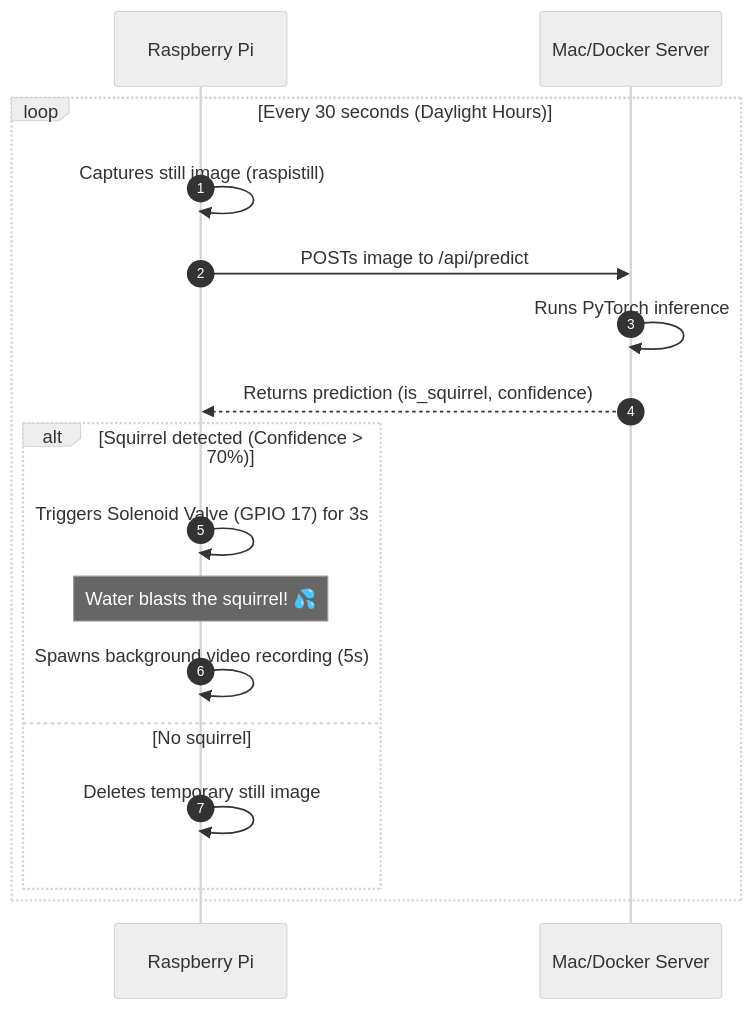
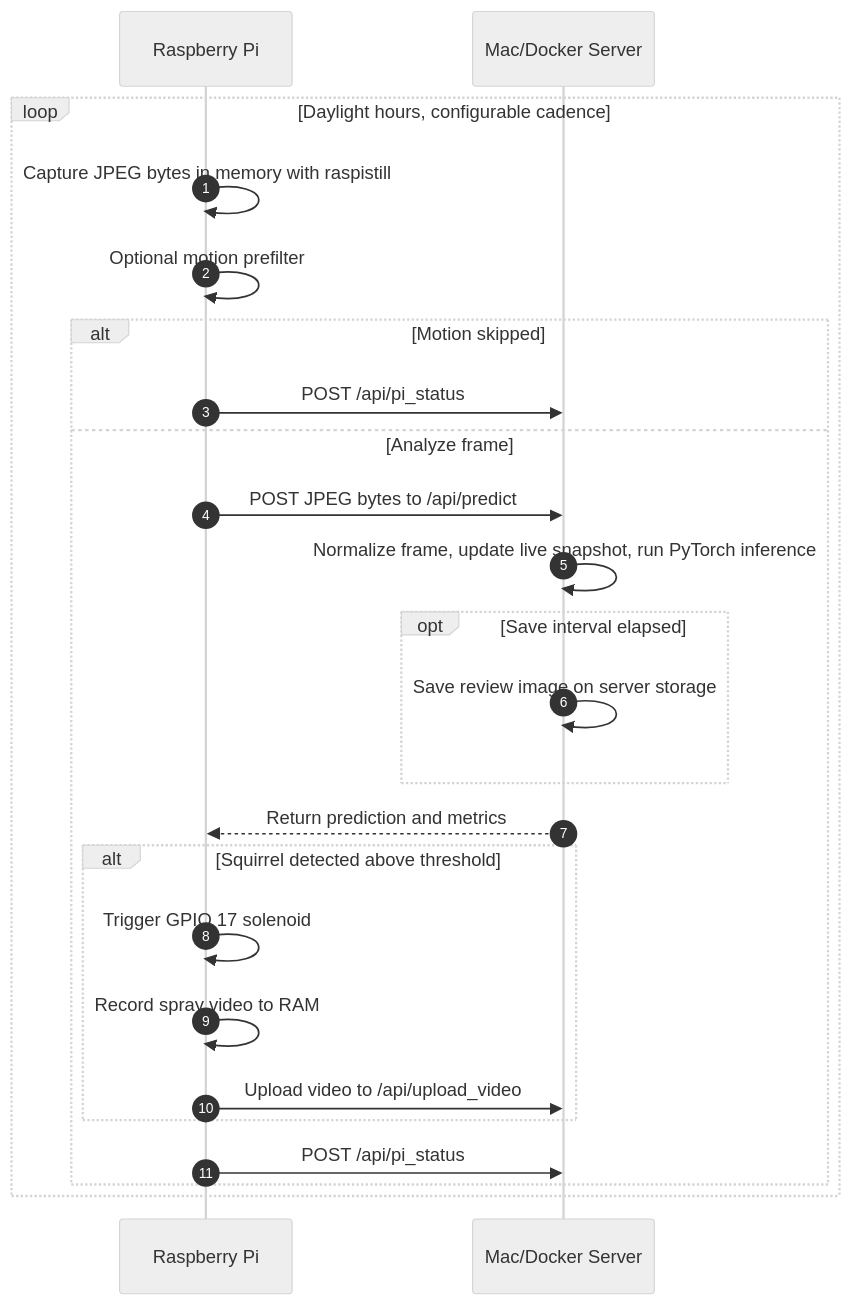
The diagram in README.md (nkgilley/squirrel-soaker), drawn with Mermaid (neutral theme) before and after one commit. The commit also changed other lines of this file, not shown here.

Commit message:
Update README for HTTP capture workflow

````diff
--- a/README.md
+++ b/README.md
@@ -13,17 +16,24 @@
 ```mermaid
 sequenceDiagram
     autonumber
-    loop Every 30 seconds (Daylight Hours)
-        Raspberry Pi->>Raspberry Pi: Captures still image (raspistill)
-        Raspberry Pi->>Mac/Docker Server: POSTs image to /api/predict
-        Mac/Docker Server->>Mac/Docker Server: Runs PyTorch inference
-        Mac/Docker Server-->>Raspberry Pi: Returns prediction (is_squirrel, confidence)
-        alt Squirrel detected (Confidence > 70%)
-            Raspberry Pi->>Raspberry Pi: Triggers Solenoid Valve (GPIO 17) for 3s
-            Note over Raspberry Pi: Water blasts the squirrel! 💦
-            Raspberry Pi->>Raspberry Pi: Spawns background video recording (5s)
-        else No squirrel
-            Raspberry Pi->>Raspberry Pi: Deletes temporary still image
+    loop Daylight hours, configurable cadence
+        Raspberry Pi->>Raspberry Pi: Capture JPEG bytes in memory with raspistill
+        Raspberry Pi->>Raspberry Pi: Optional motion prefilter
+        alt Motion skipped
+            Raspberry Pi->>Mac/Docker Server: POST /api/pi_status
+        else Analyze frame
+            Raspberry Pi->>Mac/Docker Server: POST JPEG bytes to /api/predict
+            Mac/Docker Server->>Mac/Docker Server: Normalize frame, update live snapshot, run PyTorch inference
+            opt Save interval elapsed
+                Mac/Docker Server->>Mac/Docker Server: Save review image on server storage
+            end
+            Mac/Docker Server-->>Raspberry Pi: Return prediction and metrics
+            alt Squirrel detected above threshold
+                Raspberry Pi->>Raspberry Pi: Trigger GPIO 17 solenoid
+                Raspberry Pi->>Raspberry Pi: Record spray video to RAM
+                Raspberry Pi->>Mac/Docker Server: Upload video to /api/upload_video
+            end
+            Raspberry Pi->>Mac/Docker Server: POST /api/pi_status
         end
     end
 ```
````
